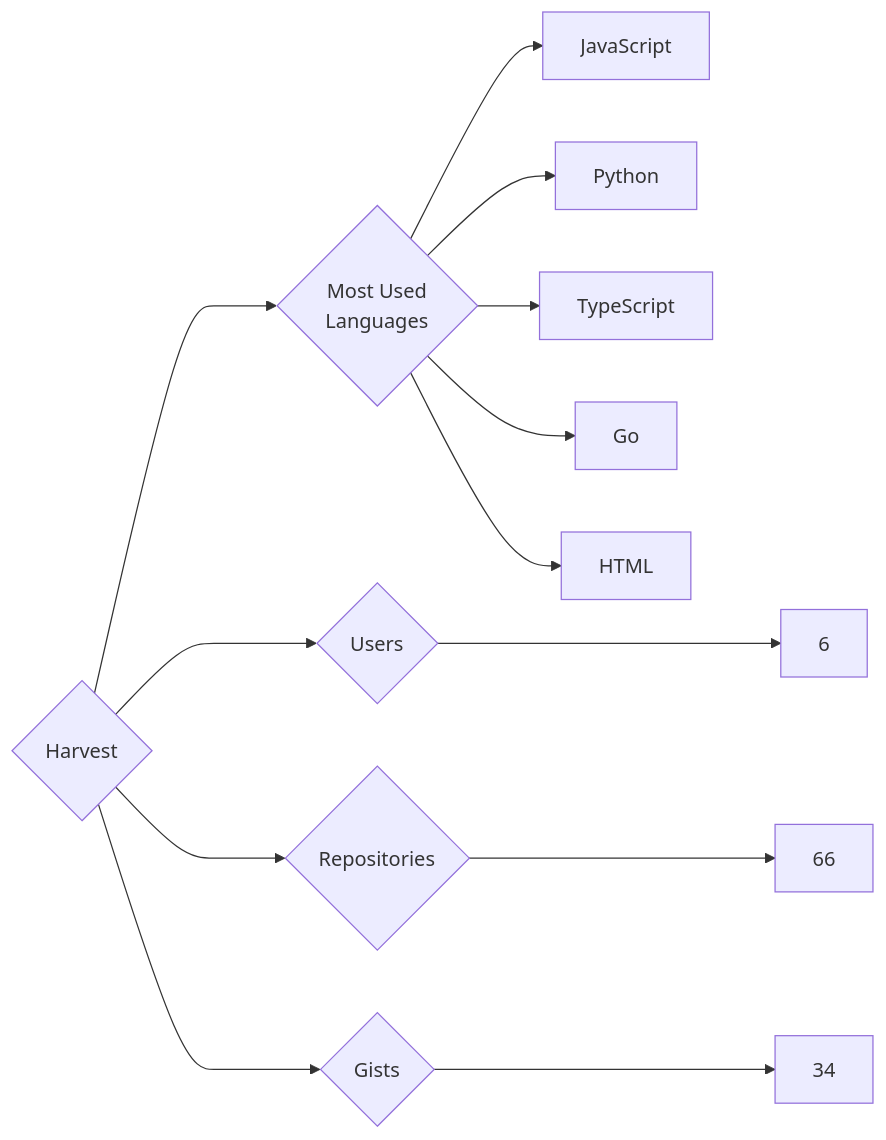
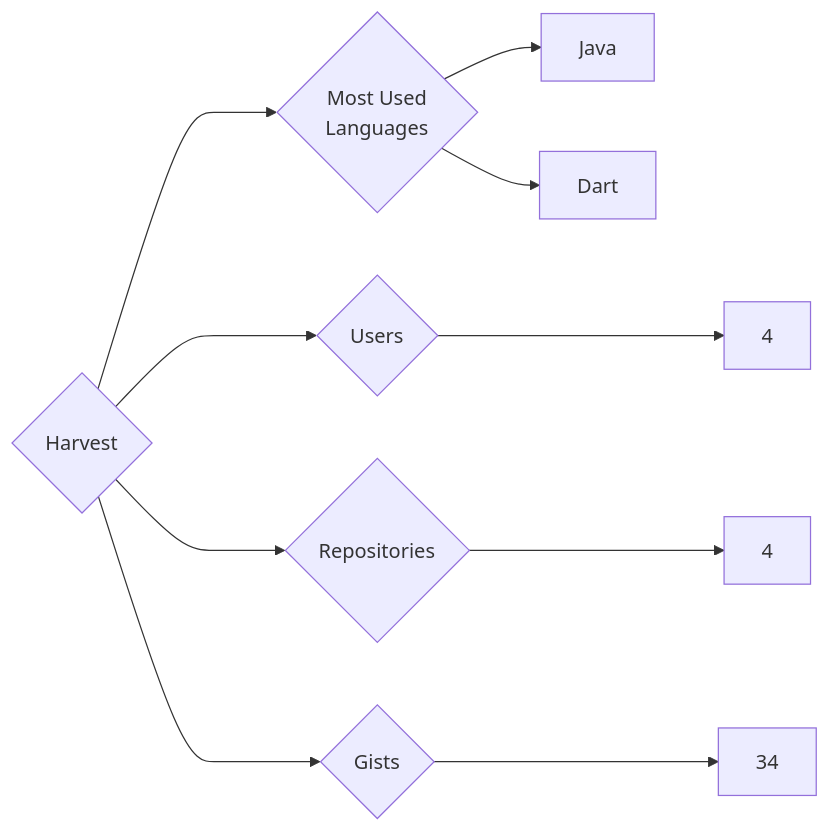
Before and after one commit to trickest/insiders: the diagram in targets/Harvest/README.md, drawn with Mermaid. The commit also changed 1175 other files, not shown here.

````diff
--- a/targets/Harvest/README.md
+++ b/targets/Harvest/README.md
@@ -3,13 +3,10 @@
 ```mermaid
 graph LR
 COMPANY_NAME{Harvest}
-COMPANY_NAME ---> U{Users} ---> UN[6]
-COMPANY_NAME ---> R{Repositories} ---> RN[66]
+COMPANY_NAME ---> U{Users} ---> UN[4]
+COMPANY_NAME ---> R{Repositories} ---> RN[4]
 COMPANY_NAME ---> G{Gists} ---> GN[34]
 COMPANY_NAME ---> ML{Most Used<br>Languages}
-ML --> JavaScript[JavaScript]
-ML --> Python[Python]
-ML --> TypeScript[TypeScript]
-ML --> Go[Go]
-ML --> HTML[HTML]
+ML --> Java[Java]
+ML --> Dart[Dart]
 ```
````
